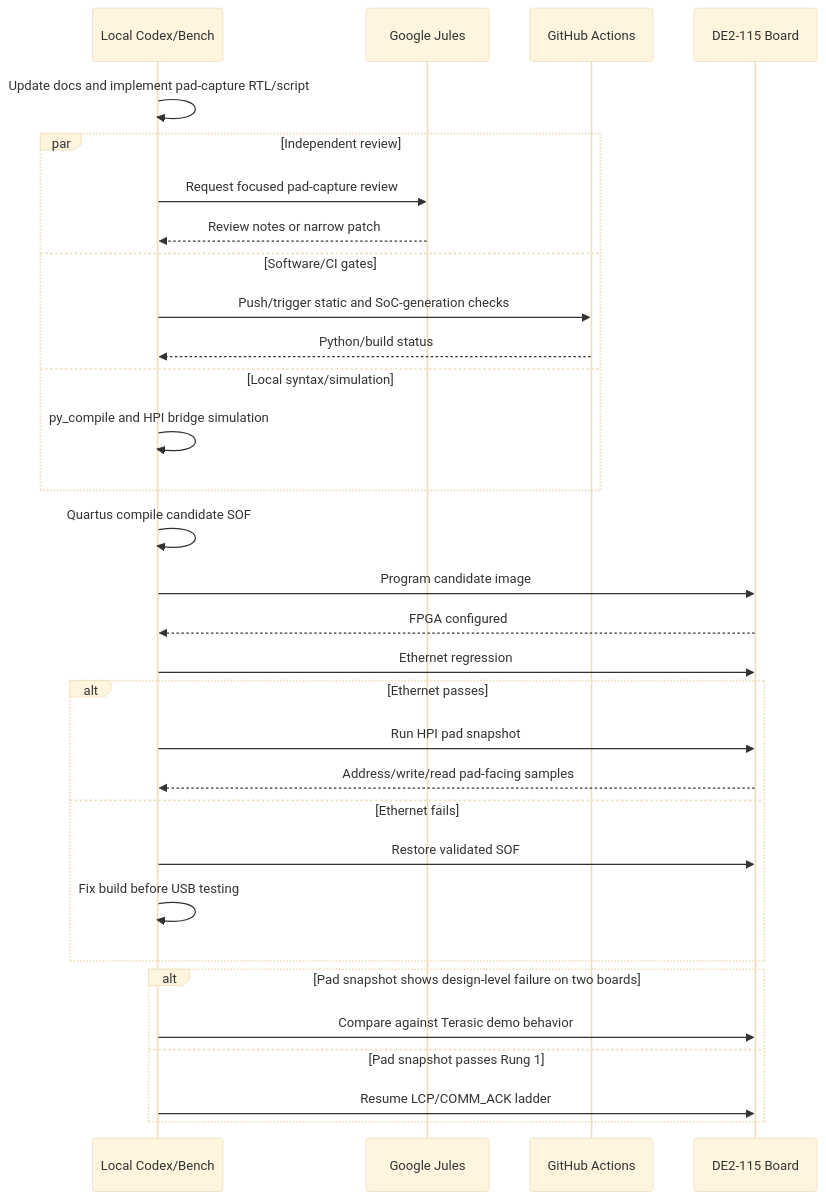
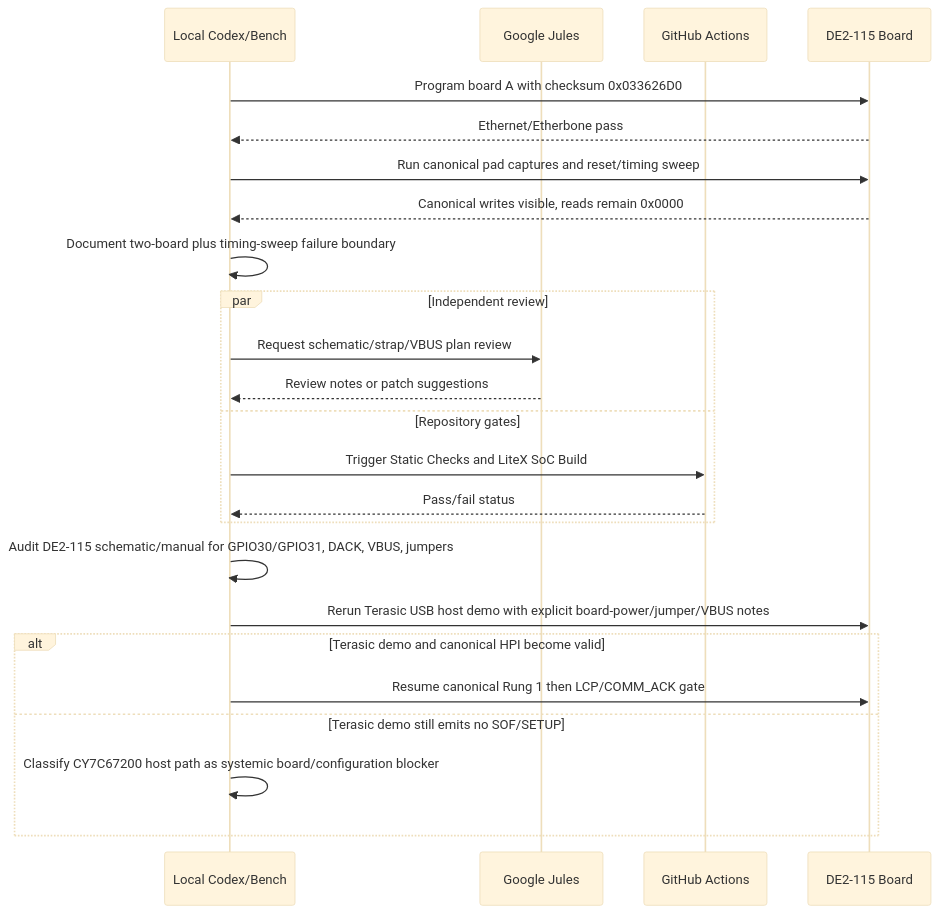
One commit to SemperSupra/DE2-115 changed the second of 2 diagrams in ORCHESTRATION_PLAN.md. Above: the diagram before and after it, drawn with Mermaid (base theme). The commit also changed other lines of this file and 5 other files, not shown here.

Commit message:
bringup: document HPI strap orchestration

````diff
--- a/ORCHESTRATION_PLAN.md
+++ b/ORCHESTRATION_PLAN.md
@@ -65,34 +72,27 @@
 ```mermaid
 sequenceDiagram
     participant Local as Local Codex/Bench
     participant Jules as Google Jules
     participant CI as GitHub Actions
     participant Board as DE2-115 Board
 
-    Local->>Local: Update docs and implement pad-capture RTL/script
+    Local->>Board: Program board A with checksum 0x033626D0
+    Board-->>Local: Ethernet/Etherbone pass
+    Local->>Board: Run canonical pad captures and reset/timing sweep
+    Board-->>Local: Canonical writes visible, reads remain 0x0000
+    Local->>Local: Document two-board plus timing-sweep failure boundary
     par Independent review
-        Local->>Jules: Request focused pad-capture review
-        Jules-->>Local: Review notes or narrow patch
-    and Software/CI gates
-        Local->>CI: Push/trigger static and SoC-generation checks
-        CI-->>Local: Python/build status
-    and Local syntax/simulation
-        Local->>Local: py_compile and HPI bridge simulation
+        Local->>Jules: Request schematic/strap/VBUS plan review
+        Jules-->>Local: Review notes or patch suggestions
+    and Repository gates
+        Local->>CI: Trigger Static Checks and LiteX SoC Build
+        CI-->>Local: Pass/fail status
     end
-    Local->>Local: Quartus compile candidate SOF
-    Local->>Board: Program candidate image
-    Board-->>Local: FPGA configured
-    Local->>Board: Ethernet regression
-    alt Ethernet passes
-        Local->>Board: Run HPI pad snapshot
-        Board-->>Local: Address/write/read pad-facing samples
-    else Ethernet fails
-        Local->>Board: Restore validated SOF
-        Local->>Local: Fix build before USB testing
-    end
-    alt Pad snapshot shows design-level failure on two boards
-        Local->>Board: Compare against Terasic demo behavior
-    else Pad snapshot passes Rung 1
-        Local->>Board: Resume LCP/COMM_ACK ladder
+    Local->>Local: Audit DE2-115 schematic/manual for GPIO30/GPIO31, DACK, VBUS, jumpers
+    Local->>Board: Rerun Terasic USB host demo with explicit board-power/jumper/VBUS notes
+    alt Terasic demo and canonical HPI become valid
+        Local->>Board: Resume canonical Rung 1 then LCP/COMM_ACK gate
+    else Terasic demo still emits no SOF/SETUP
+        Local->>Local: Classify CY7C67200 host path as systemic board/configuration blocker
     end
 ```
````
